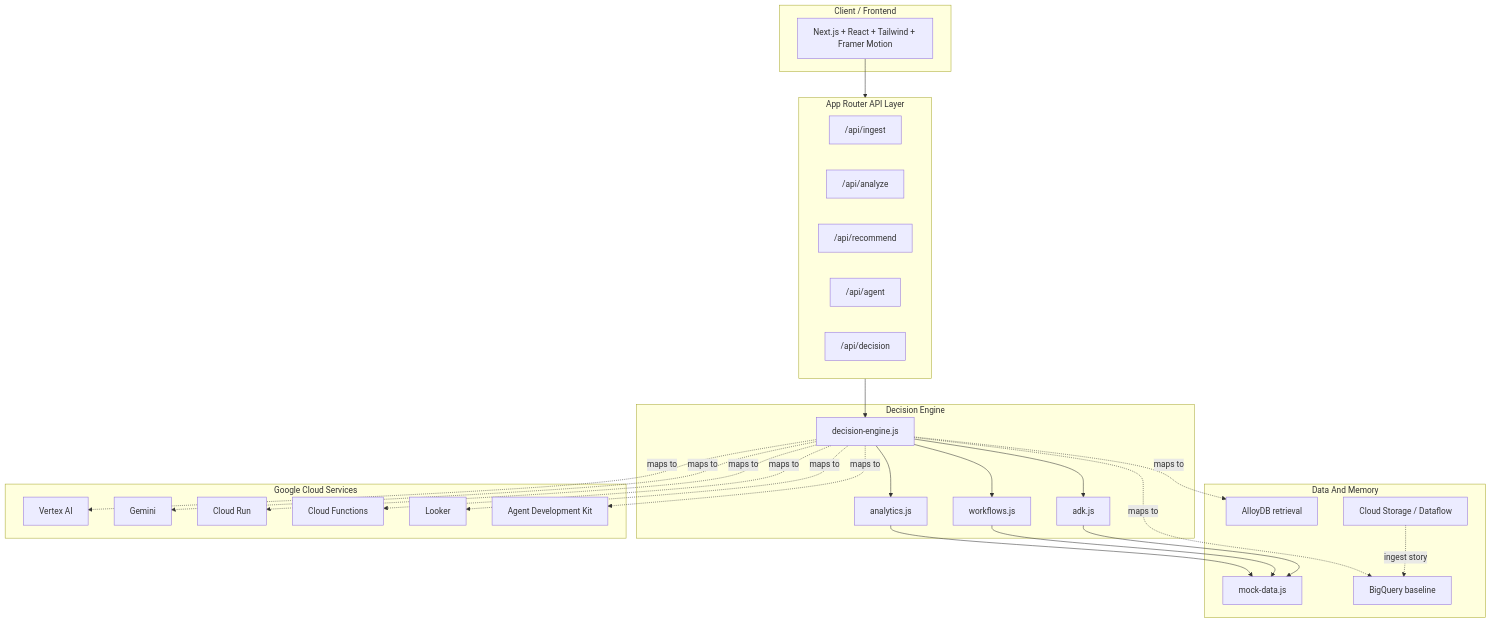
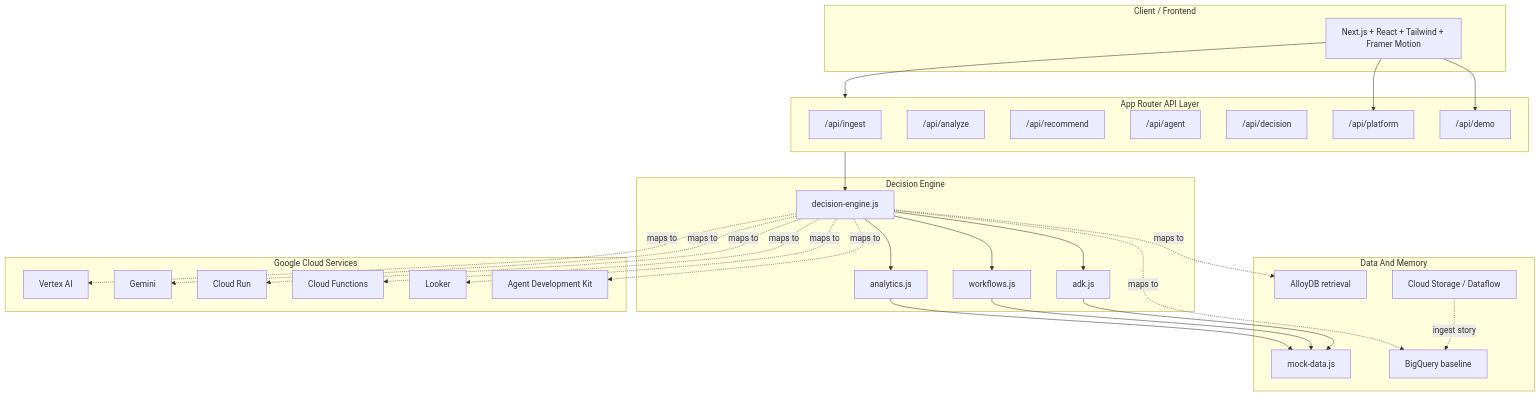
Before and after one commit to z99wE/Cyvix: the fourth of 4 diagrams in README.md, drawn with Mermaid. The commit also changed other lines of this file and 9 other files, not shown here.

````diff
--- a/README.md
+++ b/README.md
@@ -193,55 +193,59 @@
 ```mermaid
 flowchart TB
   subgraph Client["Client / Frontend"]
     UI["Next.js + React + Tailwind + Framer Motion"]
   end
 
   subgraph API["App Router API Layer"]
     INGEST["/api/ingest"]
     ANALYZE["/api/analyze"]
     RECOMMEND["/api/recommend"]
     AGENT["/api/agent"]
     DECISION["/api/decision"]
+    PLATFORM["/api/platform"]
+    DEMO["/api/demo"]
   end
 
   subgraph Engine["Decision Engine"]
     ANALYTICS["analytics.js"]
     WORKFLOWS["workflows.js"]
     ADK["adk.js"]
     FUSION["decision-engine.js"]
   end
 
   subgraph Data["Data And Memory"]
     MOCK["mock-data.js"]
     BIGQUERY["BigQuery baseline"]
     ALLOY["AlloyDB retrieval"]
     STORAGE["Cloud Storage / Dataflow"]
   end
 
   subgraph Google["Google Cloud Services"]
     VERTEX["Vertex AI"]
     GEMINI["Gemini"]
     CLOUDRUN["Cloud Run"]
     CLOUDFUN["Cloud Functions"]
     LOOKER["Looker"]
     ADKGS["Agent Development Kit"]
   end
 
   UI --> API
+  UI --> PLATFORM
+  UI --> DEMO
   API --> FUSION
   FUSION --> ANALYTICS
   FUSION --> WORKFLOWS
   FUSION --> ADK
   ANALYTICS --> MOCK
   WORKFLOWS --> MOCK
   ADK --> MOCK
   FUSION -. maps to .-> VERTEX
   FUSION -. maps to .-> GEMINI
   FUSION -. maps to .-> BIGQUERY
   FUSION -. maps to .-> ALLOY
   FUSION -. maps to .-> CLOUDRUN
   FUSION -. maps to .-> CLOUDFUN
   FUSION -. maps to .-> LOOKER
   FUSION -. maps to .-> ADKGS
   STORAGE -. ingest story .-> BIGQUERY
 ```
````
